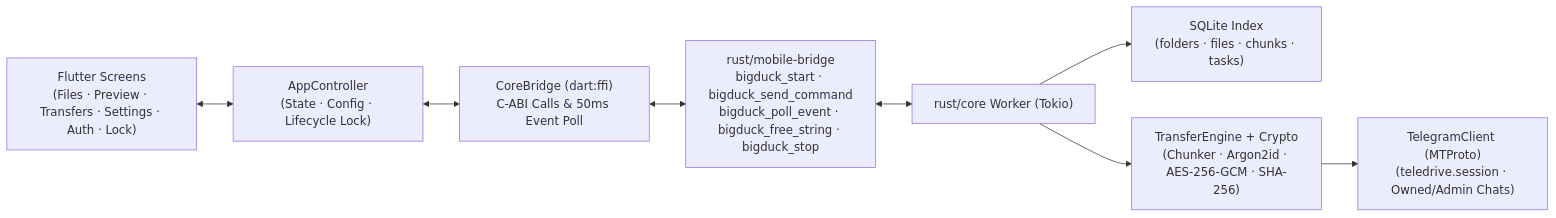
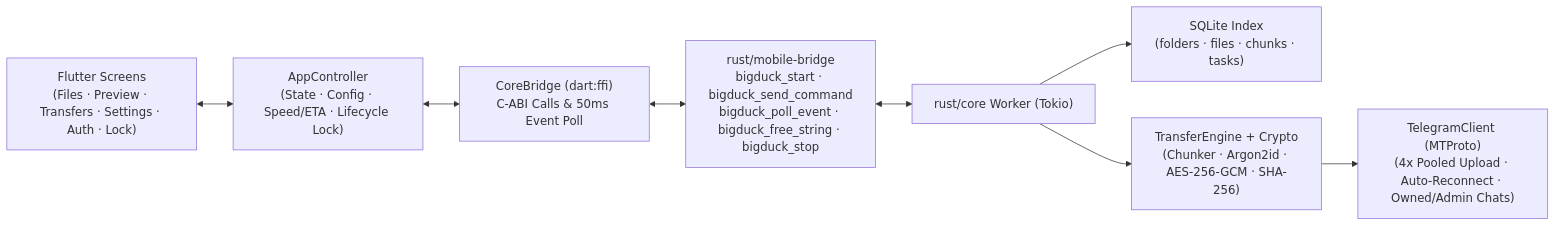
Before and after one commit to Ubb-a/big--duck: the diagram in README.md, drawn with Mermaid. The commit also changed other lines of this file and 1 other file, not shown here.

````diff
--- a/README.md
+++ b/README.md
@@ -40,19 +43,19 @@
 ```mermaid
 flowchart LR
     UI["Flutter Screens<br/>(Files · Preview · Transfers · Settings · Auth · Lock)"]
-    CTRL["AppController<br/>(State · Config · Lifecycle Lock)"]
+    CTRL["AppController<br/>(State · Config · Speed/ETA · Lifecycle Lock)"]
     FFI["CoreBridge (dart:ffi)<br/>C-ABI Calls &amp; 50ms Event Poll"]
     BRIDGE["rust/mobile-bridge<br/>bigduck_start · bigduck_send_command<br/>bigduck_poll_event · bigduck_free_string · bigduck_stop"]
     WORKER["rust/core Worker (Tokio)"]
     DB["SQLite Index<br/>(folders · files · chunks · tasks)"]
     CRYPTO["TransferEngine + Crypto<br/>(Chunker · Argon2id · AES-256-GCM · SHA-256)"]
-    TG["TelegramClient (MTProto)<br/>(teledrive.session · Owned/Admin Chats)"]
+    TG["TelegramClient (MTProto)<br/>(4x Pooled Upload · Auto-Reconnect · Owned/Admin Chats)"]
 
     UI <--> CTRL
     CTRL <--> FFI
     FFI <--> BRIDGE
     BRIDGE <--> WORKER
     WORKER --> DB
     WORKER --> CRYPTO
     CRYPTO --> TG
 ```
````
